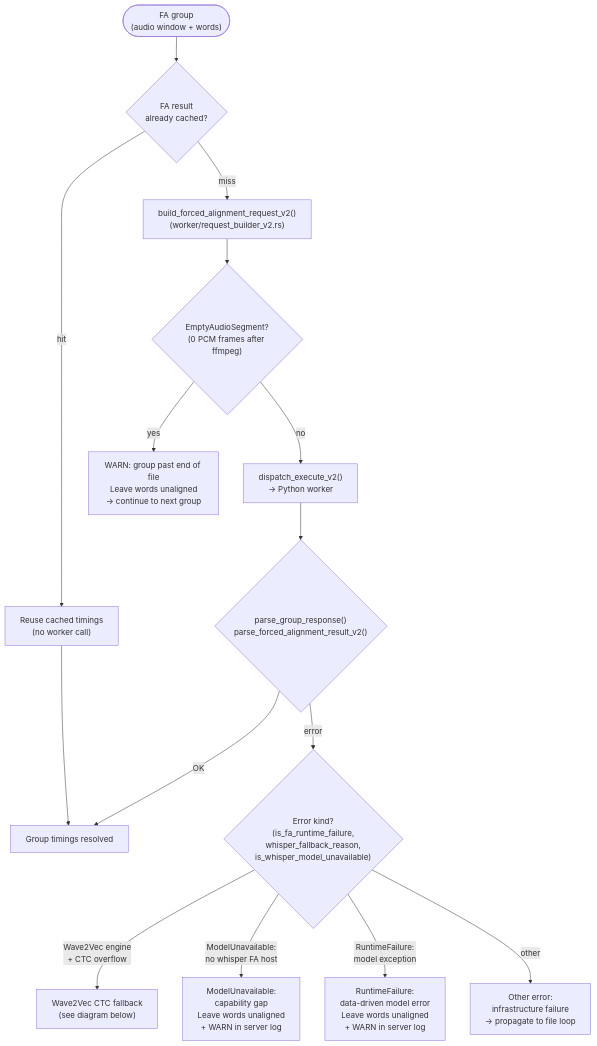
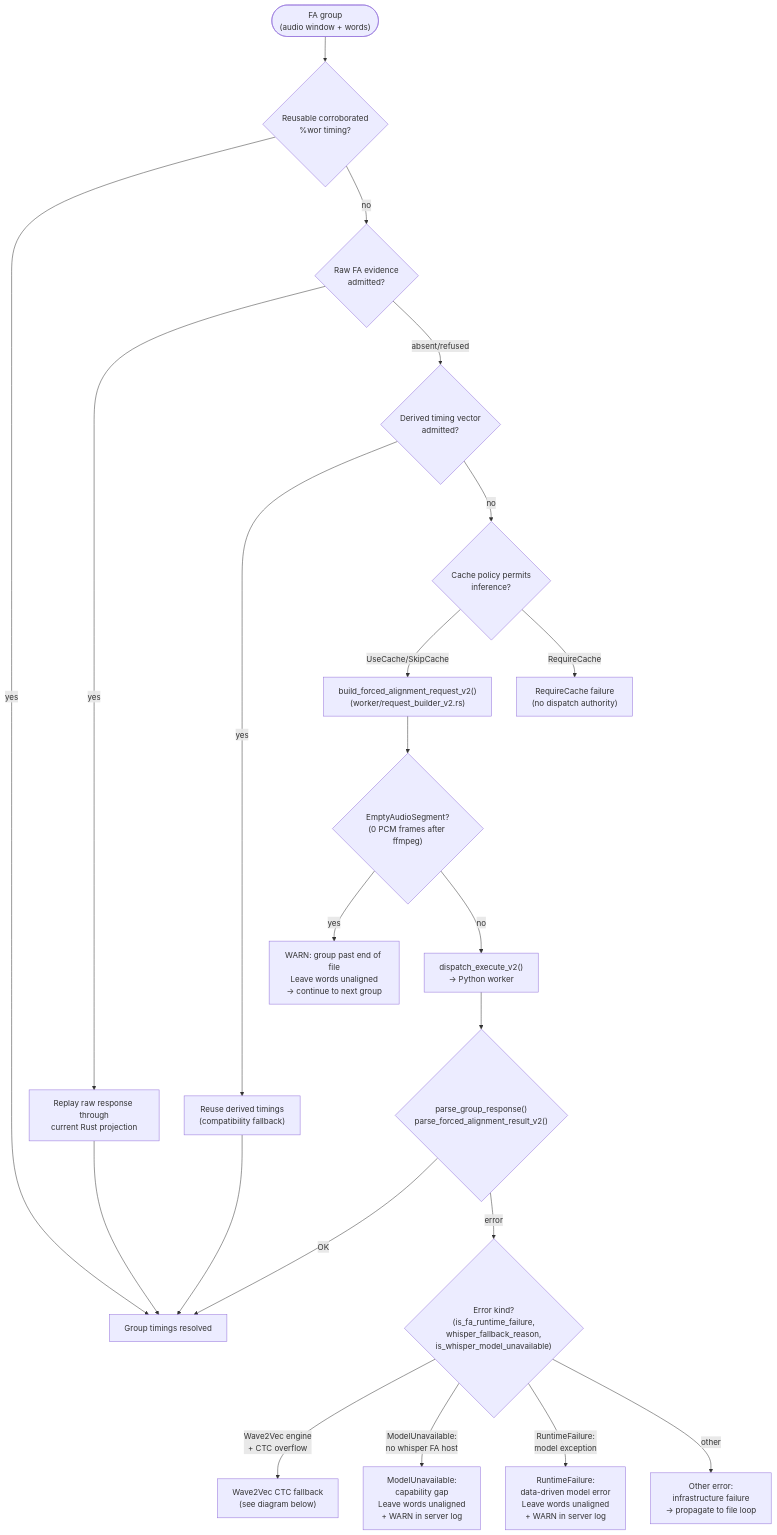
The eighth of 13 diagrams in book/src/batchalign/reference/forced-alignment.md (TalkBank/talkbank-tools), drawn with Mermaid before and after one commit. The commit also changed other lines of this file and 181 other files, not shown here.

First line of the commit message:
feat(batchalign)!: add replayable evidence architecture

````diff
--- a/book/src/batchalign/reference/forced-alignment.md
+++ b/book/src/batchalign/reference/forced-alignment.md
@@ -457,29 +457,40 @@
 ```mermaid
 flowchart TD
     group(["FA group\n(audio window + words)"])
-    cache{"FA result\nalready cached?"}
-    cached_timings["Reuse cached timings\n(no worker call)"]
+    wor{"Reusable corroborated\n%wor timing?"}
+    raw{"Raw FA evidence\nadmitted?"}
+    replay["Replay raw response through\ncurrent Rust projection"]
+    derived{"Derived timing vector\nadmitted?"}
+    cached_timings["Reuse derived timings\n(compatibility fallback)"]
+    policy{"Cache policy permits\ninference?"}
+    required_fail["RequireCache failure\n(no dispatch authority)"]
     build["build_forced_alignment_request_v2()\n(worker/request_builder_v2.rs)"]
     empty{"EmptyAudioSegment?\n(0 PCM frames after ffmpeg)"}
     skip_empty["WARN: group past end of file\nLeave words unaligned\n→ continue to next group"]
     dispatch["dispatch_execute_v2()\n→ Python worker"]
     parse{"parse_group_response()\nparse_forced_alignment_result_v2()"}
     ok["Group timings resolved"]
     err_kind{"Error kind?\n(is_fa_runtime_failure,\nwhisper_fallback_reason,\nis_whisper_model_unavailable)"}
     ctc["Wave2Vec CTC fallback\n(see diagram below)"]
     model_unavail["ModelUnavailable: \ncapability gap\nLeave words unaligned\n+ WARN in server log"]
     runtime_fail["RuntimeFailure: \ndata-driven model error\nLeave words unaligned\n+ WARN in server log"]
     other["Other error: \ninfrastructure failure\n→ propagate to file loop"]
 
-    group --> cache
-    cache -->|"hit"| cached_timings --> ok
-    cache -->|"miss"| build --> empty
+    group --> wor
+    wor -->|"yes"| ok
+    wor -->|"no"| raw
+    raw -->|"yes"| replay --> ok
+    raw -->|"absent/refused"| derived
+    derived -->|"yes"| cached_timings --> ok
+    derived -->|"no"| policy
+    policy -->|"UseCache/SkipCache"| build --> empty
+    policy -->|"RequireCache"| required_fail
     empty -->|"yes"| skip_empty
     empty -->|"no"| dispatch --> parse
     parse -->|"OK"| ok
     parse -->|"error"| err_kind
     err_kind -->|"Wave2Vec engine\n+ CTC overflow"| ctc
     err_kind -->|"ModelUnavailable:\nno whisper FA host"| model_unavail
     err_kind -->|"RuntimeFailure:\nmodel exception"| runtime_fail
     err_kind -->|"other"| other
 ```
````
